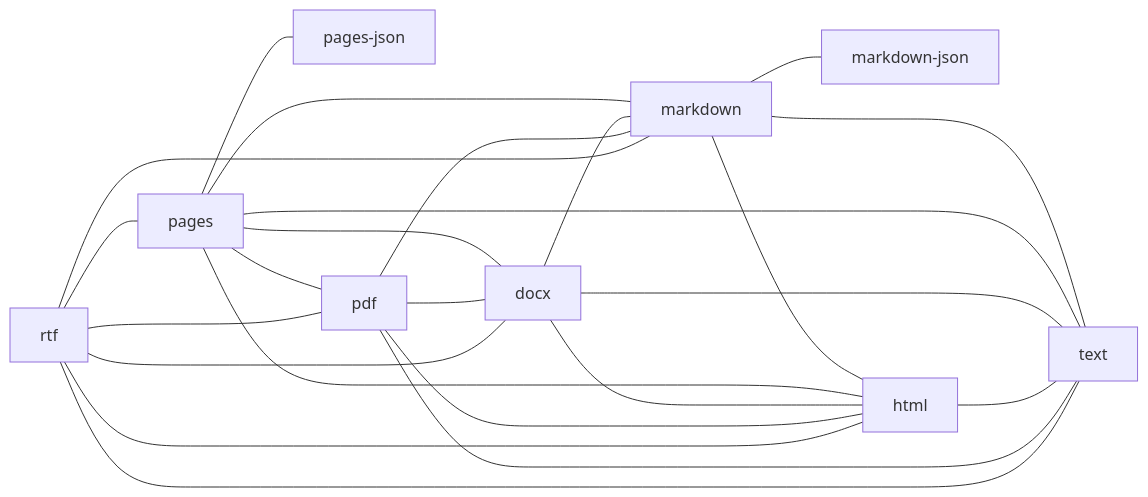
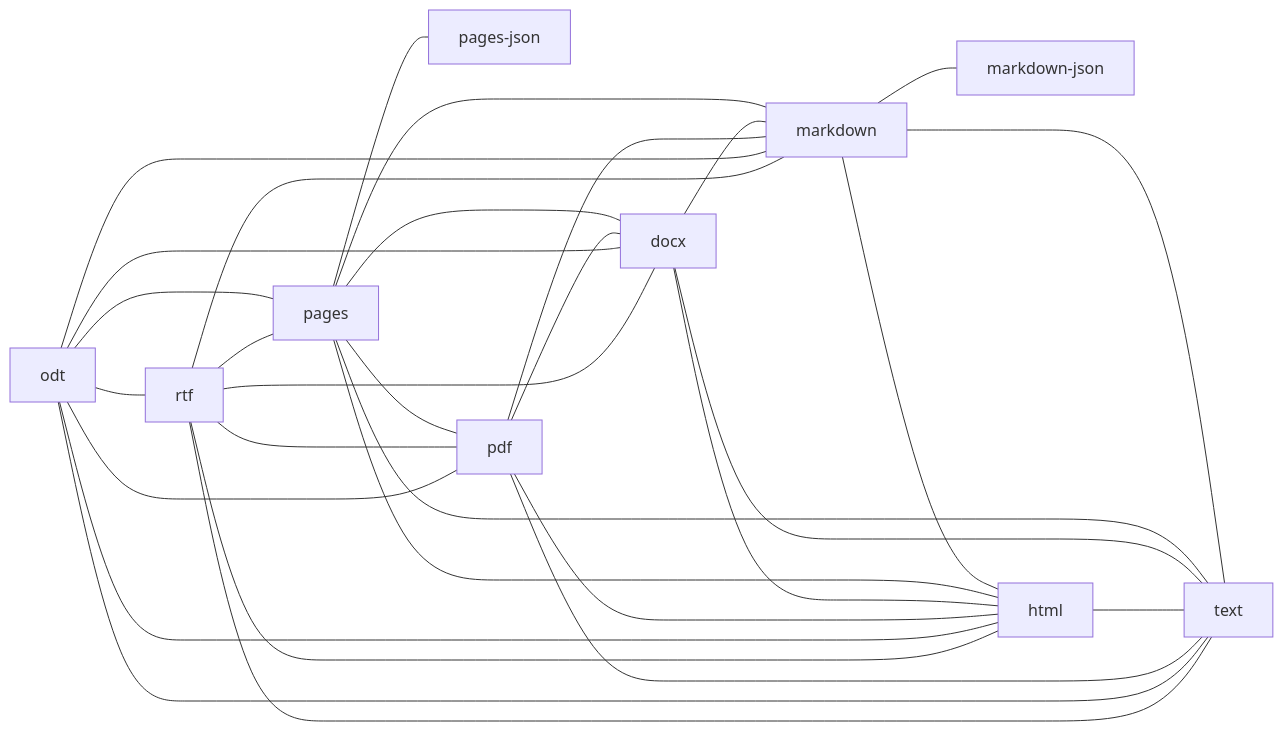
The second of 4 diagrams in DOCS/FORMATS.md (Chimi6/Sublime), drawn with Mermaid before and after one commit. The commit also changed other lines of this file and 45 other files, not shown here.

````diff
--- a/DOCS/FORMATS.md
+++ b/DOCS/FORMATS.md
@@ -50,28 +50,35 @@
 ```mermaid
 graph LR
   markdown_json["markdown-json"]
   pages_json["pages-json"]
   markdown --- html
   markdown --- text
   markdown --- markdown_json
   pages --- pages_json
   pages --- docx
   pages --- markdown
   pages --- html
   pages --- text
   docx --- markdown
   docx --- html
   docx --- text
   html --- text
   pdf --- text
   pdf --- markdown
   pdf --- html
   pdf --- docx
   pages --- pdf
   rtf --- pdf
+  odt --- docx
+  odt --- pages
+  odt --- rtf
+  odt --- markdown
+  odt --- html
+  odt --- text
+  odt --- pdf
   rtf --- docx
   rtf --- pages
   rtf --- markdown
   rtf --- html
   rtf --- text
 ```
````
